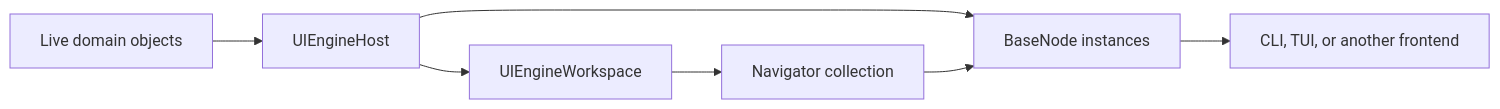
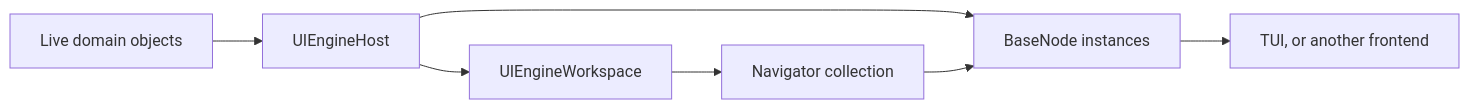
Before and after one commit to Quantumzhao/UIEngine: the diagram in docs/architecture.md, drawn with Mermaid. The commit also changed other lines of this file and 22 other files, not shown here.

Commit message:
remove CLI frontend

````diff
--- a/docs/architecture.md
+++ b/docs/architecture.md
@@ -6,9 +6,9 @@
 ```mermaid
 flowchart LR
     Domain[Live domain objects] --> Host[UIEngineHost]
     Host --> Nodes[BaseNode instances]
     Host --> Workspace[UIEngineWorkspace]
     Workspace --> Navigators[Navigator collection]
     Navigators --> Nodes
-    Nodes --> Frontends[CLI, TUI, or another frontend]
+    Nodes --> Frontends[TUI, or another frontend]
 ```
````
